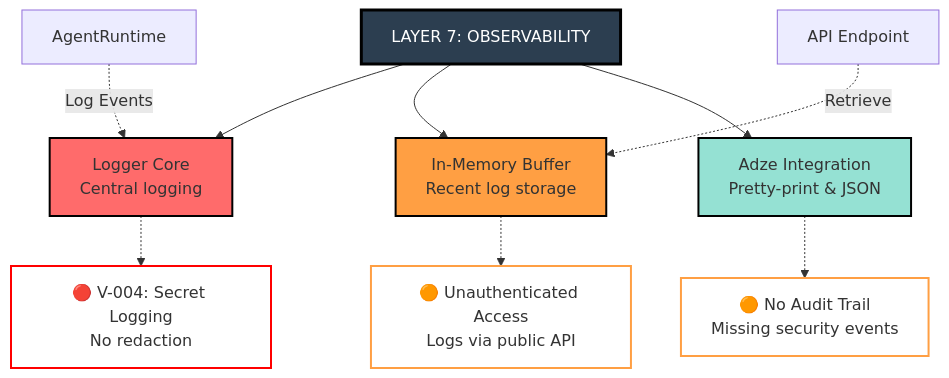
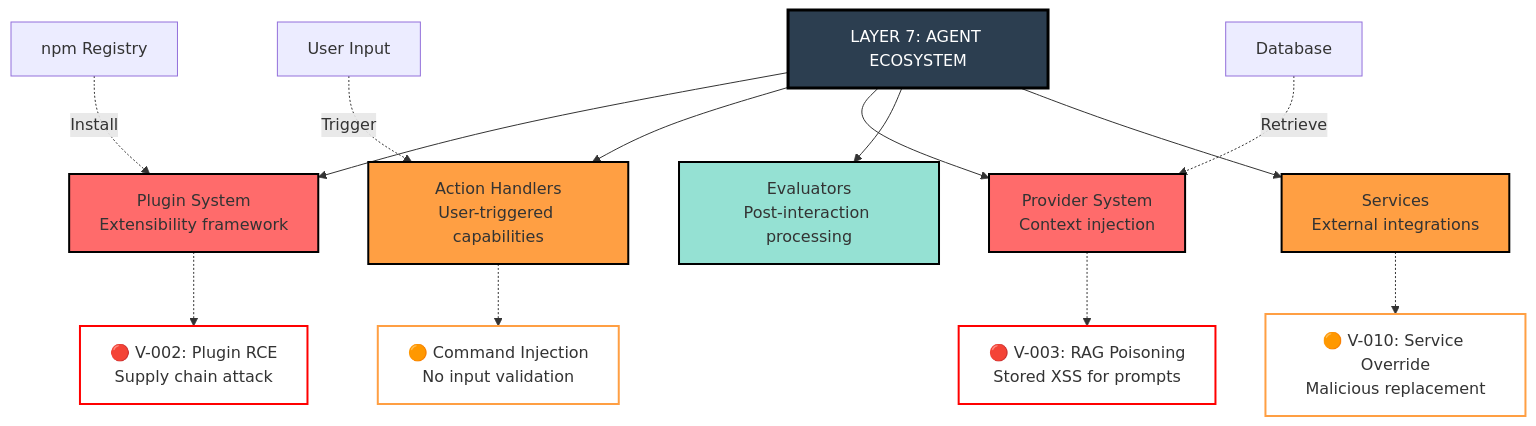
The ninth of 11 diagrams in presentation/assets/maestro-framework-visual.md (mondweep/agentic-ai-security-demo-rela8group-ciso-london-summit), drawn with Mermaid before and after one commit. The commit also changed other lines of this file and 16 other files, not shown here.

````diff
--- a/presentation/assets/maestro-framework-visual.md
+++ b/presentation/assets/maestro-framework-visual.md
@@ -374,23 +368,30 @@
 ```mermaid
 graph TD
-    L7[LAYER 7: OBSERVABILITY]
+    L7[LAYER 7: AGENT ECOSYSTEM]
 
-    L7 --> C1[Logger Core<br/>Central logging]
-    L7 --> C2[In-Memory Buffer<br/>Recent log storage]
-    L7 --> C3[Adze Integration<br/>Pretty-print & JSON]
+    L7 --> C1[Plugin System<br/>Extensibility framework]
+    L7 --> C2[Action Handlers<br/>User-triggered capabilities]
+    L7 --> C3[Provider System<br/>Context injection]
+    L7 --> C4[Evaluators<br/>Post-interaction processing]
+    L7 --> C5[Services<br/>External integrations]
 
-    C1 -.-> V1["🔴 V-004: Secret Logging<br/>No redaction"]
-    C2 -.-> V2["🟠 Unauthenticated Access<br/>Logs via public API"]
-    C3 -.-> V3["🟠 No Audit Trail<br/>Missing security events"]
+    C1 -.-> V1["🔴 V-002: Plugin RCE<br/>Supply chain attack"]
+    C2 -.-> V2["🟠 Command Injection<br/>No input validation"]
+    C3 -.-> V3["🔴 V-003: RAG Poisoning<br/>Stored XSS for prompts"]
+    C5 -.-> V4["🟠 V-010: Service Override<br/>Malicious replacement"]
 
-    Runtime[AgentRuntime] -.->|"Log Events"| C1
-    API[API Endpoint] -.->|"Retrieve"| C2
+    NPM[npm Registry] -.->|"Install"| C1
+    User[User Input] -.->|"Trigger"| C2
+    DB[Database] -.->|"Retrieve"| C3
 
     style L7 fill:#2c3e50,stroke:#000,stroke-width:3px,color:#fff
     style C1 fill:#ff6b6b,stroke:#000,stroke-width:2px
     style C2 fill:#ff9f43,stroke:#000,stroke-width:2px
-    style C3 fill:#95e1d3,stroke:#000,stroke-width:2px
+    style C3 fill:#ff6b6b,stroke:#000,stroke-width:2px
+    style C4 fill:#95e1d3,stroke:#000,stroke-width:2px
+    style C5 fill:#ff9f43,stroke:#000,stroke-width:2px
     style V1 fill:#fff,stroke:#ff0000,stroke-width:2px
     style V2 fill:#fff,stroke:#ff9f43,stroke-width:2px
-    style V3 fill:#fff,stroke:#ff9f43,stroke-width:2px
+    style V3 fill:#fff,stroke:#ff0000,stroke-width:2px
+    style V4 fill:#fff,stroke:#ff9f43,stroke-width:2px
 ```
````
